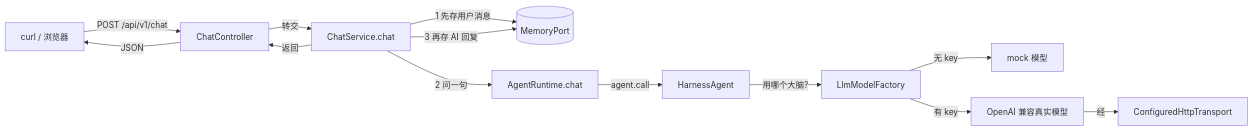
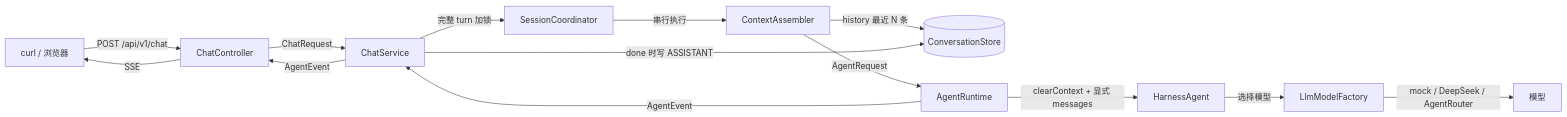
One commit to CHEN4042/OpenAlice changed the diagram in docs/代码学习导览 v0.1.md. Above: the diagram before and after it, drawn with Mermaid. The commit also changed other lines of this file and 78 other files, not shown here.

First line of the commit message:
refactor(architecture): 完成 P1.5 语义与包结构整理

````diff
--- a/docs/代码学习导览 v0.1.md
+++ b/docs/代码学习导览 v0.1.md
@@ -118,15 +112,16 @@
 ```mermaid
 flowchart LR
     U[curl / 浏览器] -->|POST /api/v1/chat| C[ChatController]
-    C -->|转交| S[ChatService.chat]
-    S -->|1 先存用户消息| M[(MemoryPort)]
-    S -->|2 问一句| R[AgentRuntime.chat]
-    R -->|agent.call| H[HarnessAgent]
-    H -->|用哪个大脑?| F[LlmModelFactory]
-    F -->|无 key| D[mock 模型]
-    F -->|有 key| L[OpenAI 兼容真实模型]
-    L -->|经| T[ConfiguredHttpTransport]
-    S -->|3 再存 AI 回复| M
-    S -->|返回| C
-    C -->|JSON| U
+    C -->|ChatRequest| S[ChatService]
+    S -->|完整 turn 加锁| K[SessionCoordinator]
+    K -->|串行执行| A[ContextAssembler]
+    A -->|history 最近 N 条| M[(ConversationStore)]
+    A -->|AgentRequest| R[AgentRuntime]
+    R -->|clearContext + 显式 messages| H[HarnessAgent]
+    H -->|选择模型| F[LlmModelFactory]
+    F -->|mock / DeepSeek / AgentRouter| L[模型]
+    R -->|AgentEvent| S
+    S -->|done 时写 ASSISTANT| M
+    S -->|AgentEvent| C
+    C -->|SSE| U
 ```
````
